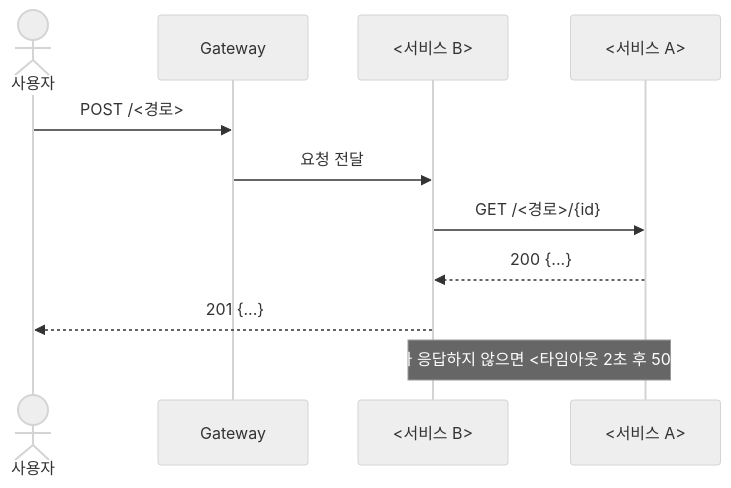
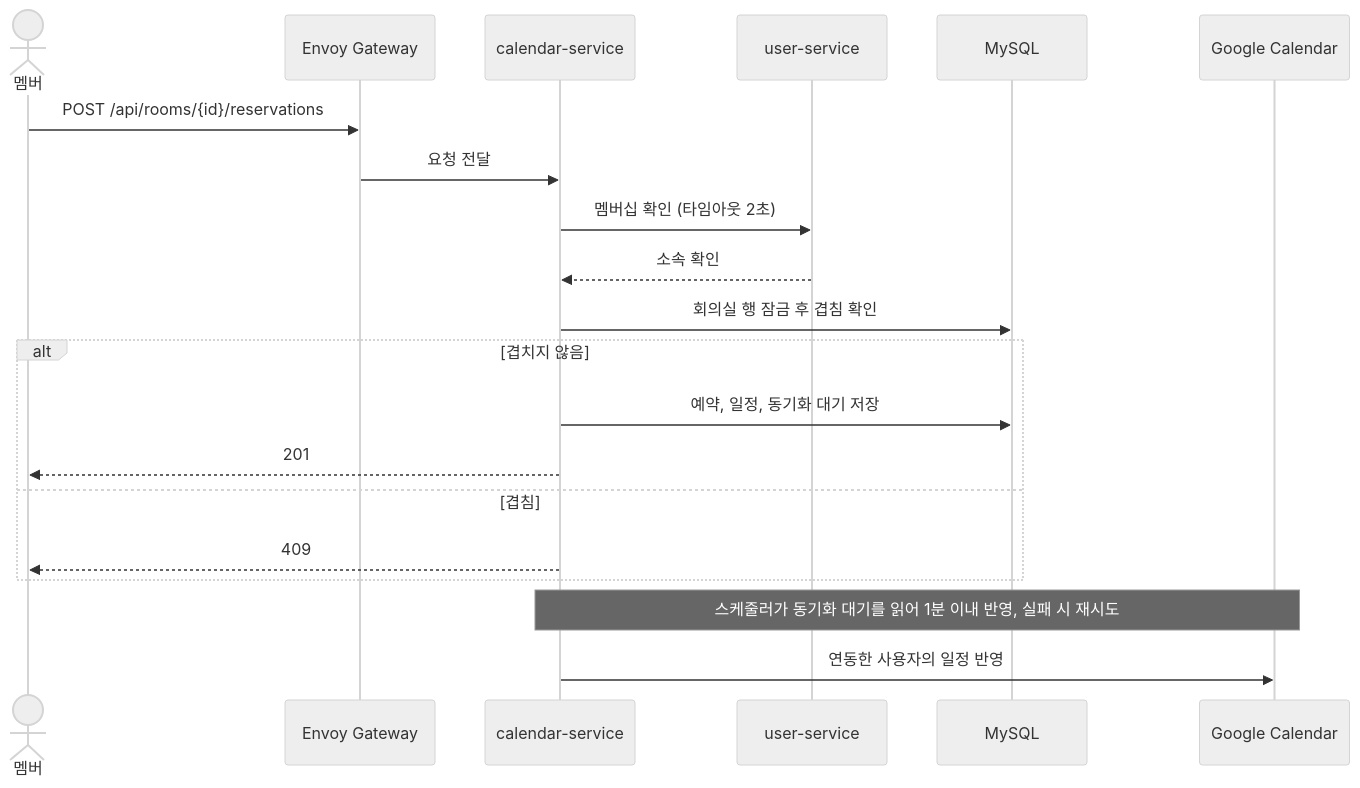
Before and after one commit to ktcloud-cloudnative-2026/team03-HelloCloud: the fourth of 5 diagrams in docs/architecture.md, drawn with Mermaid (neutral theme). The commit also changed other lines of this file and 4 other files, not shown here.

````diff
--- a/docs/architecture.md
+++ b/docs/architecture.md
@@ -62,13 +116,22 @@
 ```mermaid
 sequenceDiagram
-  actor U as 사용자
-  participant G as Gateway
-  participant B as <서비스 B>
-  participant A as <서비스 A>
-  U->>G: POST /<경로>
-  G->>B: 요청 전달
-  B->>A: GET /<경로>/{id}
-  A-->>B: 200 {...}
-  B-->>U: 201 {...}
-  Note over B,A: A가 응답하지 않으면 <타임아웃 2초 후 503>
+  actor M as 멤버
+  participant G as Envoy Gateway
+  participant C as calendar-service
+  participant U as user-service
+  participant D as MySQL
+  participant GC as Google Calendar
+  M->>G: POST /api/rooms/{id}/reservations
+  G->>C: 요청 전달
+  C->>U: 멤버십 확인 (타임아웃 2초)
+  U-->>C: 소속 확인
+  C->>D: 회의실 행 잠금 후 겹침 확인
+  alt 겹치지 않음
+    C->>D: 예약, 일정, 동기화 대기 저장
+    C-->>M: 201
+  else 겹침
+    C-->>M: 409
+  end
+  Note over C,GC: 스케줄러가 동기화 대기를 읽어 1분 이내 반영, 실패 시 재시도
+  C->>GC: 연동한 사용자의 일정 반영
 ```
````
